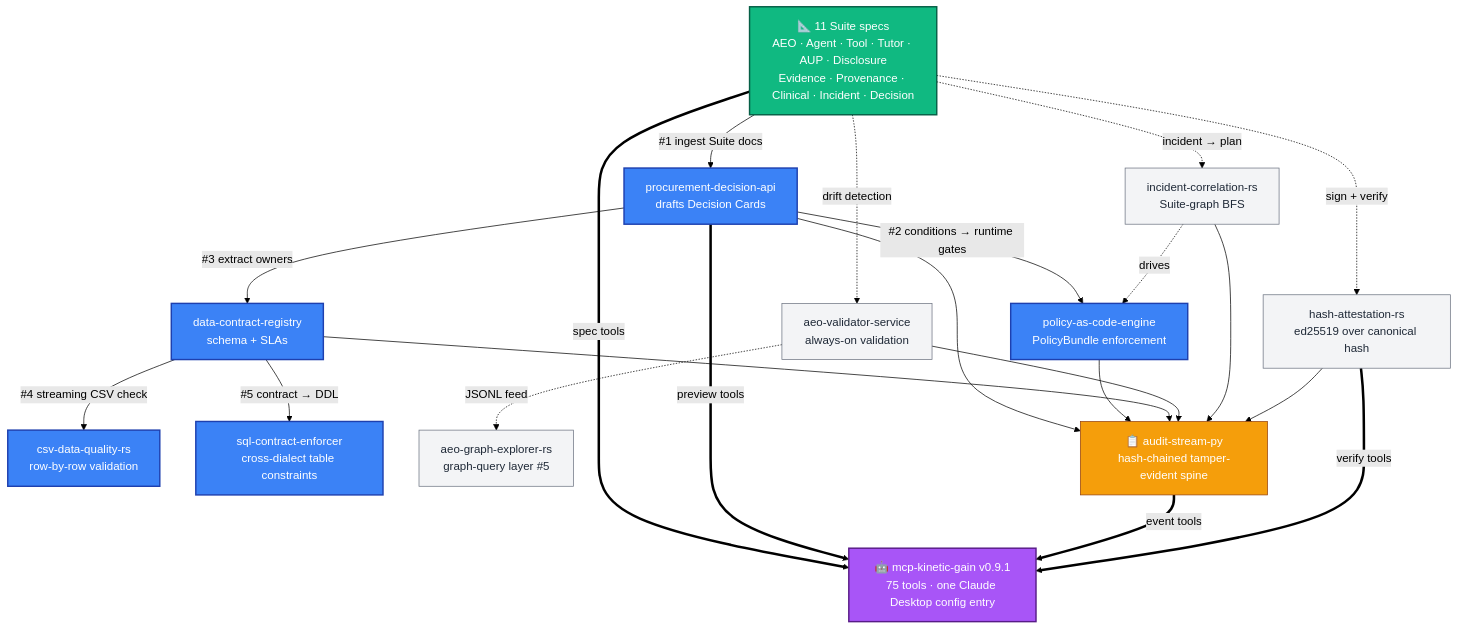
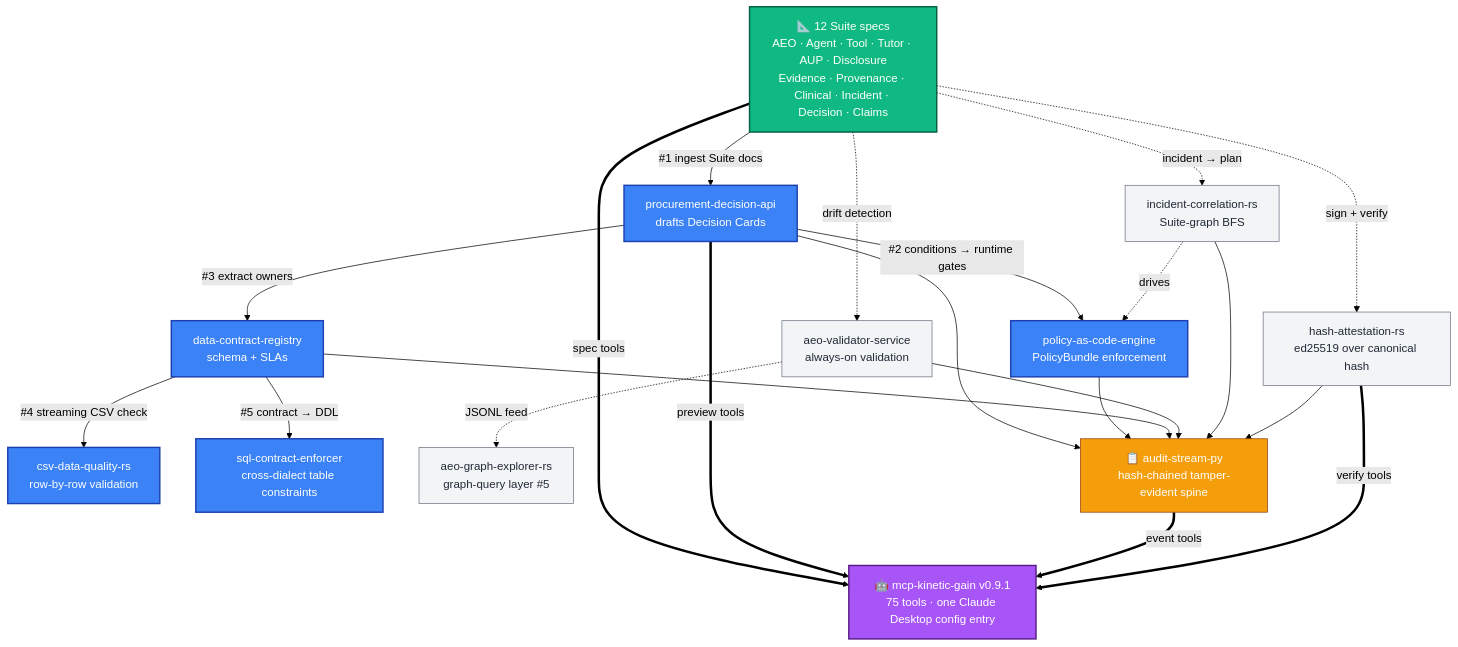
Before and after one commit to mizcausevic-dev/kinetic-gain-protocol-suite: the first of 2 diagrams in README.md, drawn with Mermaid (forest theme). The commit also changed other lines of this file and 3 other files, not shown here.

````diff
--- a/README.md
+++ b/README.md
@@ -122,36 +132,36 @@
 ```mermaid
 flowchart TB
     classDef spec fill:#10b981,stroke:#065f46,color:#fff,stroke-width:2px
     classDef hook fill:#3b82f6,stroke:#1e40af,color:#fff,stroke-width:2px
     classDef sup fill:#f3f4f6,stroke:#6b7280,color:#1f2937
     classDef stream fill:#f59e0b,stroke:#92400e,color:#fff
     classDef mcp fill:#a855f7,stroke:#581c87,color:#fff,stroke-width:2px
 
-    SPECS["📐 11 Suite specs<br/>AEO · Agent · Tool · Tutor · AUP · Disclosure<br/>Evidence · Provenance · Clinical · Incident · Decision"]:::spec
+    SPECS["📐 12 Suite specs<br/>AEO · Agent · Tool · Tutor · AUP · Disclosure<br/>Evidence · Provenance · Clinical · Incident · Decision · Claims"]:::spec
 
     SPECS -->|"#1 ingest Suite docs"| PDA["procurement-decision-api<br/>drafts Decision Cards"]:::hook
     PDA -->|"#2 conditions → runtime gates"| PAC["policy-as-code-engine<br/>PolicyBundle enforcement"]:::hook
     PDA -->|"#3 extract owners"| DCR["data-contract-registry<br/>schema + SLAs"]:::hook
     DCR -->|"#4 streaming CSV check"| CDQ["csv-data-quality-rs<br/>row-by-row validation"]:::hook
     DCR -->|"#5 contract → DDL"| SCE["sql-contract-enforcer<br/>cross-dialect table constraints"]:::hook
 
     SPECS -.->|sign + verify| HA["hash-attestation-rs<br/>ed25519 over canonical hash"]:::sup
     SPECS -.->|drift detection| AVS["aeo-validator-service<br/>always-on validation"]:::sup
     AVS -.->|JSONL feed| AGE["aeo-graph-explorer-rs<br/>graph-query layer #5"]:::sup
     SPECS -.->|incident → plan| ICR["incident-correlation-rs<br/>Suite-graph BFS"]:::sup
     ICR -.->|drives| PAC
 
     PDA --> AS
     PAC --> AS
     DCR --> AS
     AVS --> AS
     ICR --> AS
     HA --> AS
     AS["📋 audit-stream-py<br/>hash-chained tamper-evident spine"]:::stream
 
     SPECS ==>|spec tools| MCP
     PDA ==>|preview tools| MCP
     AS ==>|event tools| MCP
     HA ==>|verify tools| MCP
     MCP["🤖 mcp-kinetic-gain v0.9.1<br/>75 tools · one Claude Desktop config entry"]:::mcp
 ```
````
